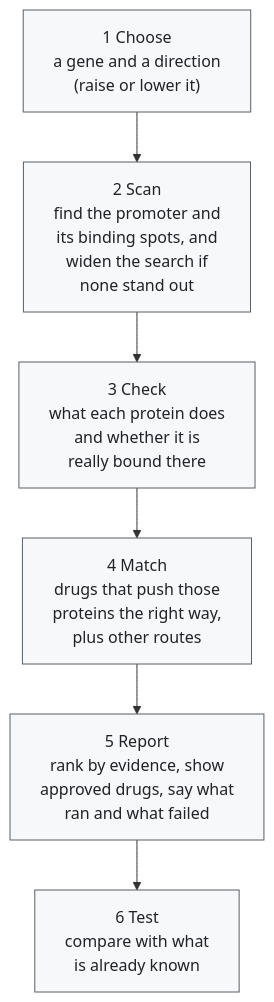
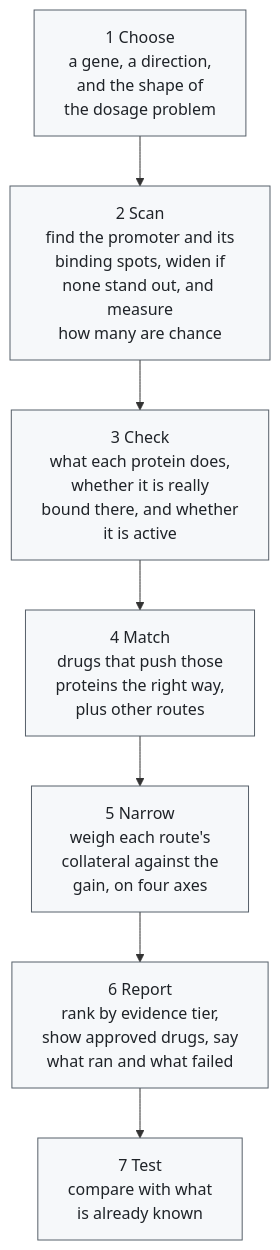
The diagram in docs/pipeline.mmd (kjmartin44/Martins), drawn with Mermaid before and after one commit. The commit also changed 35 other files, not shown here.

```diff
--- a/docs/pipeline.mmd
+++ b/docs/pipeline.mmd
@@ -1,10 +1,13 @@
+%% The seven steps of a run. The branches are in pipeline_detail.mmd.
+%% Source of truth: docs/how-it-works.md.
 flowchart TB
-    A["1 Choose<br/>a gene and a direction<br/>(raise or lower it)"]
-    B["2 Scan<br/>find the promoter and<br/>its binding spots, and<br/>widen the search if<br/>none stand out"]
-    C["3 Check<br/>what each protein does<br/>and whether it is<br/>really bound there"]
+    A["1 Choose<br/>a gene, a direction,<br/>and the shape of<br/>the dosage problem"]
+    B["2 Scan<br/>find the promoter and its<br/>binding spots, widen if<br/>none stand out, and measure<br/>how many are chance"]
+    C["3 Check<br/>what each protein does,<br/>whether it is really<br/>bound there, and whether<br/>it is active"]
     D["4 Match<br/>drugs that push those<br/>proteins the right way,<br/>plus other routes"]
-    E["5 Report<br/>rank by evidence, show<br/>approved drugs, say what<br/>ran and what failed"]
-    F["6 Test<br/>compare with what<br/>is already known"]
-    A --> B --> C --> D --> E --> F
+    E["5 Narrow<br/>weigh each route's<br/>collateral against the<br/>gain, on four axes"]
+    F["6 Report<br/>rank by evidence tier,<br/>show approved drugs, say<br/>what ran and what failed"]
+    G["7 Test<br/>compare with what<br/>is already known"]
+    A --> B --> C --> D --> E --> F --> G
     classDef step fill:#f6f8fa,stroke:#57606a,color:#1f2328
-    class A,B,C,D,E,F step
+    class A,B,C,D,E,F,G step
```
